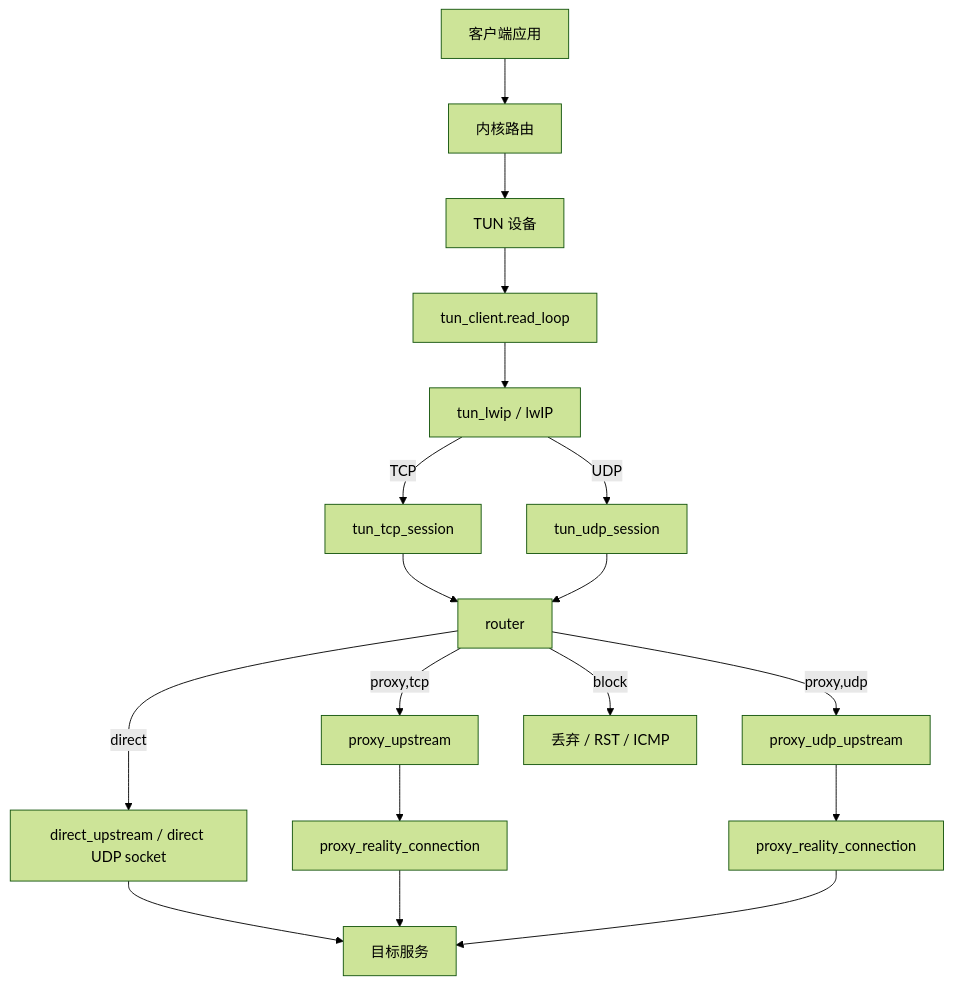
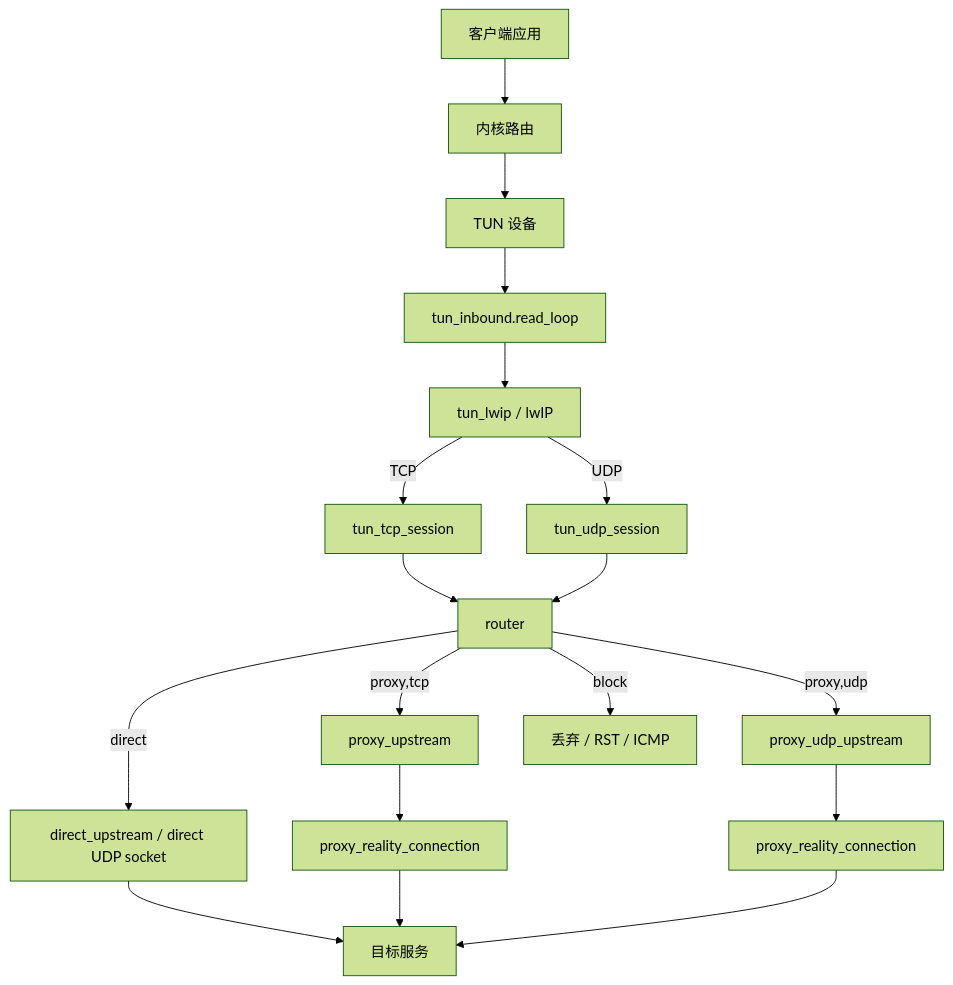
The fifth of 5 diagrams in doc/flow.md (gyl30/socks), drawn with Mermaid (forest theme) before and after one commit. The commit also changed other lines of this file and 3 other files, not shown here.

Commit message:
docs(architecture): 同步重构后的入口和reality命名

````diff
--- a/doc/flow.md
+++ b/doc/flow.md
@@ -203,24 +203,24 @@
 ```mermaid
 flowchart TD
   App[客户端应用] --> Kernel[内核路由]
   Kernel --> TunDev[TUN 设备]
-  TunDev --> TunClient["tun_client.read_loop"]
-  TunClient --> Lwip["tun_lwip / lwIP"]
+  TunDev --> TunInbound["tun_inbound.read_loop"]
+  TunInbound --> Lwip["tun_lwip / lwIP"]
 
   Lwip -->|TCP| TunTcp[tun_tcp_session]
   Lwip -->|UDP| TunUdp[tun_udp_session]
 
   TunTcp --> Router[router]
   TunUdp --> Router
 
   Router -->|direct| Direct[direct_upstream / direct UDP socket]
   Router -->|proxy,tcp| ProxyTcp[proxy_upstream]
   Router -->|proxy,udp| ProxyUdp[proxy_udp_upstream]
   Router -->|block| Block[丢弃 / RST / ICMP]
 
   Direct --> Target[目标服务]
   ProxyTcp --> ConnTcp[proxy_reality_connection]
   ProxyUdp --> ConnUdp[proxy_reality_connection]
   ConnTcp --> Target
   ConnUdp --> Target
 ```
````
